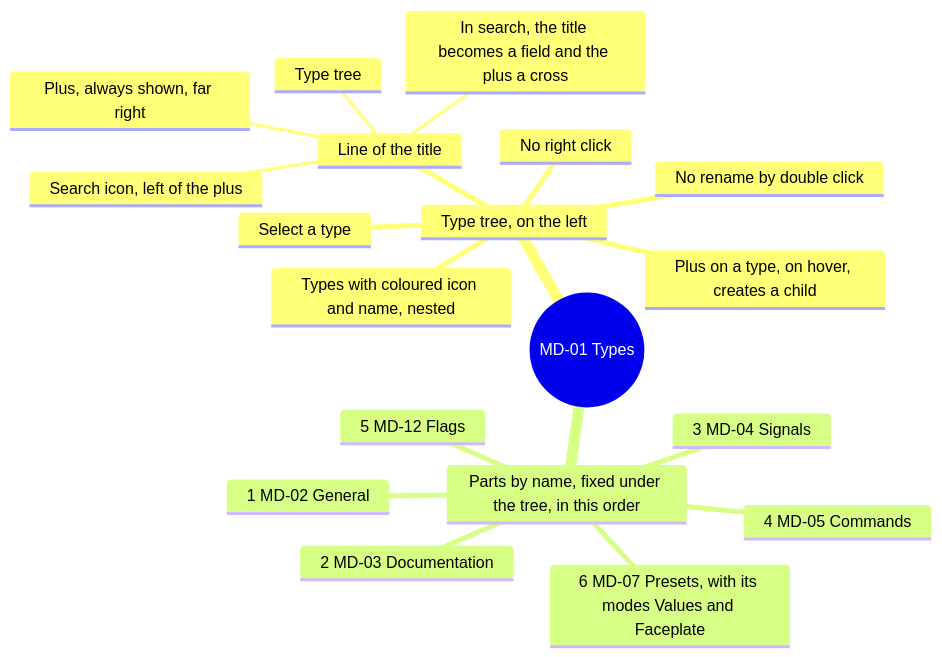
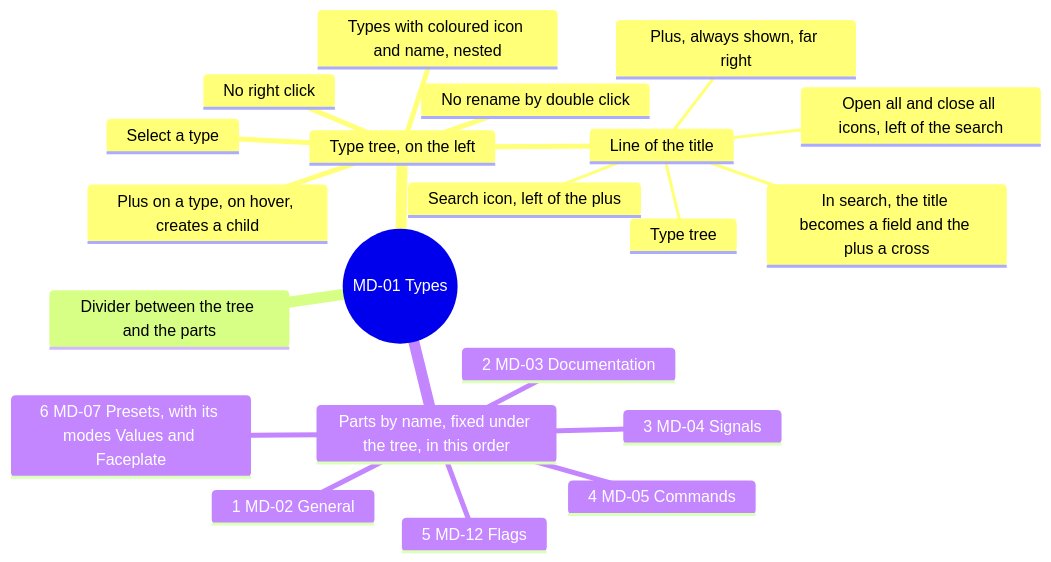
The second of 16 diagrams in screens/metadata.md (AlexandreGallais/synoptic-studio-spec), drawn with Mermaid before and after one commit. The commit also changed other lines of this file and 4 other files, not shown here.

First line of the commit message:
feat(design-system): tooltips, open and close all, cleaner icons and hover

````diff
--- a/screens/metadata.md
+++ b/screens/metadata.md
@@ -43,22 +44,24 @@
 ```mermaid
 mindmap
   root((MD-01 Types))
     Type tree, on the left
       Line of the title
         Type tree
+        Open all and close all icons, left of the search
         Search icon, left of the plus
         Plus, always shown, far right
         In search, the title becomes a field and the plus a cross
       Types with coloured icon and name, nested
       Plus on a type, on hover, creates a child
       Select a type
       No right click
       No rename by double click
+    Divider between the tree and the parts
     Parts by name, fixed under the tree, in this order
       1 MD-02 General
       2 MD-03 Documentation
       3 MD-04 Signals
       4 MD-05 Commands
       5 MD-12 Flags
       6 MD-07 Presets, with its modes Values and Faceplate
 ```
````
